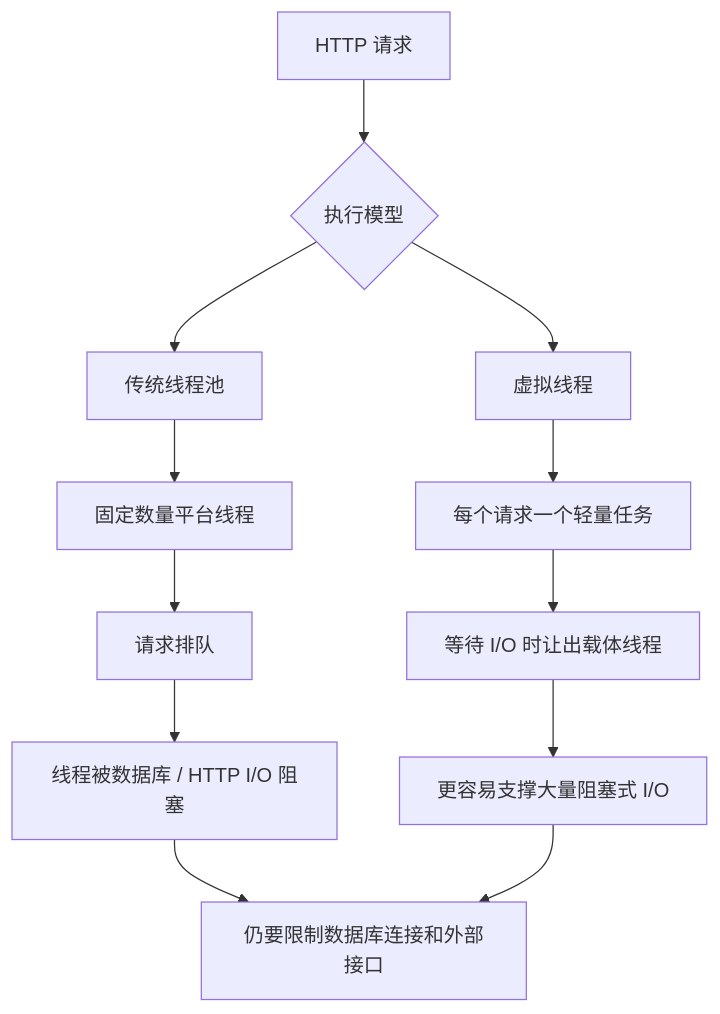
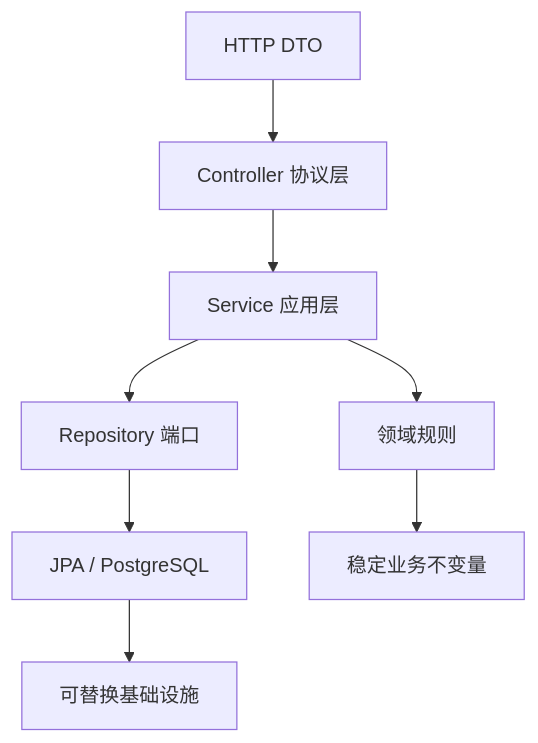
Diagram 16 of 29 in docs/java/visual-guide.md (yokry-he/yok-study-web), drawn with Mermaid before and after one commit. The commit also changed other lines of this file and 277 other files, not shown here.

````diff
--- a/docs/java/visual-guide.md
+++ b/docs/java/visual-guide.md
@@ -173,17 +419,10 @@
 ```mermaid
 flowchart TD
-  A["HTTP 请求"] --> B{"执行模型"}
-
-  B --> C["传统线程池"]
-  C --> D["固定数量平台线程"]
-  D --> E["请求排队"]
-  E --> F["线程被数据库 / HTTP I/O 阻塞"]
-
-  B --> G["虚拟线程"]
-  G --> H["每个请求一个轻量任务"]
-  H --> I["等待 I/O 时让出载体线程"]
-  I --> J["更容易支撑大量阻塞式 I/O"]
-
-  F --> K["仍要限制数据库连接和外部接口"]
-  J --> K
+  A["HTTP DTO"] --> B["Controller 协议层"]
+  B --> C["Service 应用层"]
+  C --> D["领域规则"]
+  C --> E["Repository 端口"]
+  E --> F["JPA / PostgreSQL"]
+  D --> G["稳定业务不变量"]
+  F --> H["可替换基础设施"]
 ```
````
